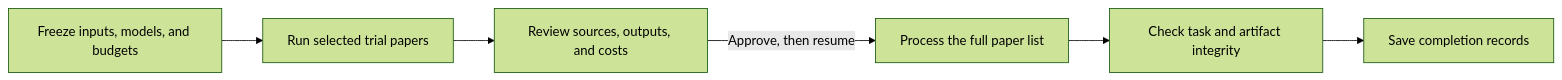
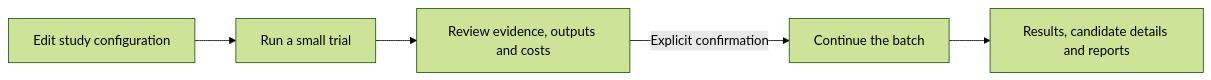
Before and after one commit to Voss-zeji/LUMINA: the second of 2 diagrams in README.md, drawn with Mermaid (forest theme). The commit also changed other lines of this file and 35 other files, not shown here.

Commit message:
feat: configure research studies and simplify trial-to-batch workflow

````diff
--- a/README.md
+++ b/README.md
@@ -96,8 +85,7 @@
 ```mermaid
 flowchart LR
-    Plan["Freeze inputs, models, and budgets"] --> Trial["Run selected trial papers"]
-    Trial --> Approval["Review sources, outputs, and costs"]
-    Approval -->|"Approve, then resume"| Batch["Process the full paper list"]
-    Batch --> QC["Check task and artifact integrity"]
-    QC --> Done["Save completion records"]
+    Config["Edit study configuration"] --> Trial["Run a small trial"]
+    Trial --> Review["Review evidence, outputs and costs"]
+    Review -->|"Explicit confirmation"| Batch["Continue the batch"]
+    Batch --> Output["Results, candidate details and reports"]
 ```
````
